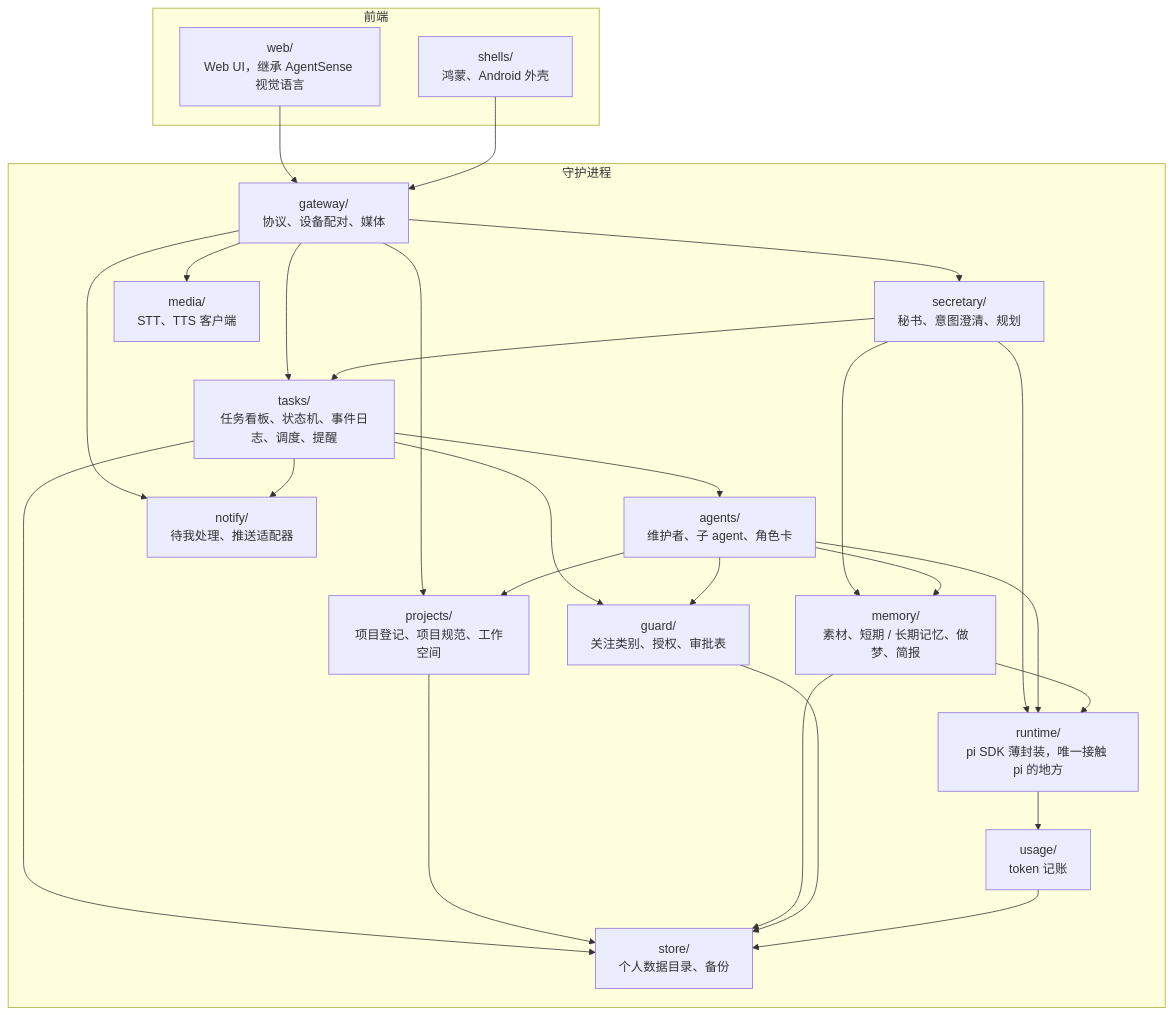
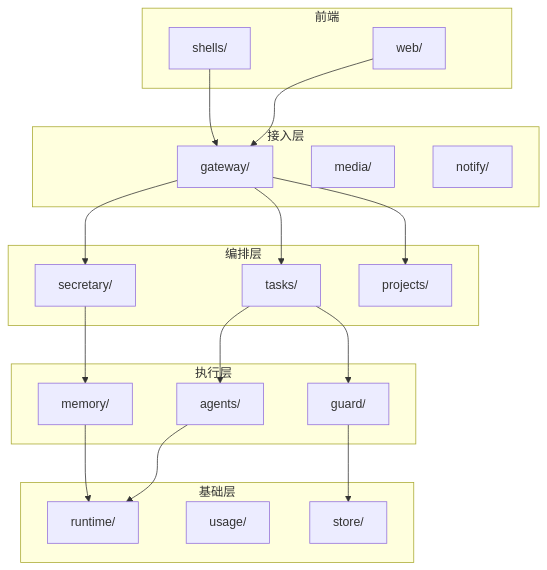
Before and after one commit to catmaniii/ergo: the seventh of 7 diagrams in README.md, drawn with Mermaid. The commit also changed other lines of this file and 1 other file, not shown here.

First line of the commit message:
docs: README 图改为纵向并收窄，新增英文版

````diff
--- a/README.md
+++ b/README.md
@@ -289,47 +260,41 @@
 ```mermaid
 flowchart TB
-    subgraph FE["前端"]
-        WEBUI["web/<br/>Web UI，继承 AgentSense 视觉语言"]
-        SHELL["shells/<br/>鸿蒙、Android 外壳"]
+    subgraph L1["前端"]
+        WEBUI["web/"]
+        SHELL["shells/"]
     end
-
-    subgraph CORE["守护进程"]
-        GATEWAY["gateway/<br/>协议、设备配对、媒体"]
-        SECRETARY["secretary/<br/>秘书、意图澄清、规划"]
-        TASKSM["tasks/<br/>任务看板、状态机、事件日志、调度、提醒"]
-        PROJECTS["projects/<br/>项目登记、项目规范、工作空间"]
-        AGENTSM["agents/<br/>维护者、子 agent、角色卡"]
-        GUARDM["guard/<br/>关注类别、授权、审批表"]
-        MEMORY["memory/<br/>素材、短期 / 长期记忆、做梦、简报"]
-        NOTIFY["notify/<br/>待我处理、推送适配器"]
-        MEDIA["media/<br/>STT、TTS 客户端"]
-        USAGE["usage/<br/>token 记账"]
-        RUNTIME["runtime/<br/>pi SDK 薄封装，唯一接触 pi 的地方"]
-        STORE["store/<br/>个人数据目录、备份"]
+    subgraph L2["接入层"]
+        GATEWAY["gateway/"]
+        MEDIA["media/"]
+        NOTIFY["notify/"]
     end
-
+    subgraph L3["编排层"]
+        SECRETARY["secretary/"]
+        TASKSM["tasks/"]
+        PROJECTS["projects/"]
+    end
+    subgraph L4["执行层"]
+        AGENTSM["agents/"]
+        GUARDM["guard/"]
+        MEMORY["memory/"]
+    end
+    subgraph L5["基础层"]
+        RUNTIME["runtime/"]
+        USAGE["usage/"]
+        STORE["store/"]
+    end
     WEBUI --> GATEWAY
     SHELL --> GATEWAY
+    WEBUI ~~~ MEDIA
+    WEBUI ~~~ NOTIFY
     GATEWAY --> SECRETARY
     GATEWAY --> TASKSM
     GATEWAY --> PROJECTS
-    GATEWAY --> NOTIFY
-    GATEWAY --> MEDIA
-    SECRETARY --> TASKSM
     SECRETARY --> MEMORY
-    SECRETARY --> RUNTIME
     TASKSM --> AGENTSM
     TASKSM --> GUARDM
-    TASKSM --> NOTIFY
     AGENTSM --> RUNTIME
-    AGENTSM --> GUARDM
-    AGENTSM --> MEMORY
-    AGENTSM --> PROJECTS
     MEMORY --> RUNTIME
-    RUNTIME --> USAGE
-    TASKSM --> STORE
-    PROJECTS --> STORE
-    MEMORY --> STORE
     GUARDM --> STORE
-    USAGE --> STORE
+    AGENTSM ~~~ USAGE
 ```
````
